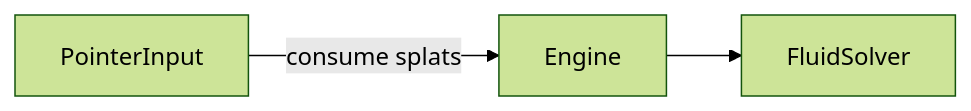
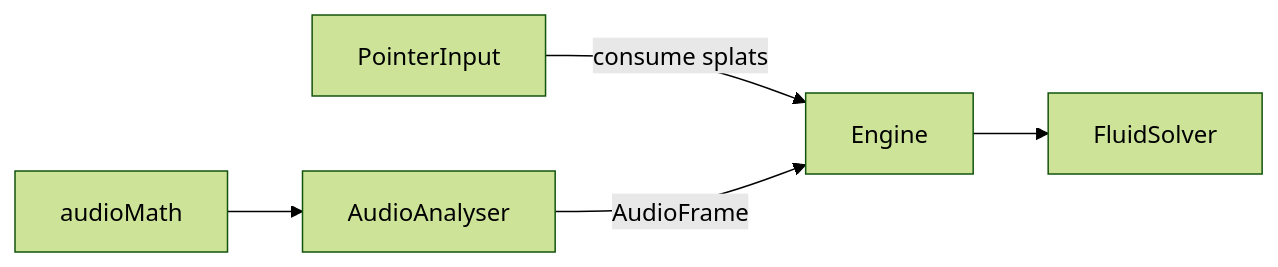
Before and after one commit to luandev/fluid-wallpaper: the diagram in src/inputs/README.md, drawn with Mermaid (forest theme). The commit also changed other lines of this file and 102 other files, not shown here.

````diff
--- a/src/inputs/README.md
+++ b/src/inputs/README.md
@@ -9,8 +9,12 @@
 ```mermaid
 flowchart LR
   pointer[PointerInput]
+  audio[AudioAnalyser]
+  math[audioMath]
   engine[Engine]
   solver[FluidSolver]
   pointer -->|consume splats| engine
+  audio -->|AudioFrame| engine
+  math --> audio
   engine --> solver
 ```
````
